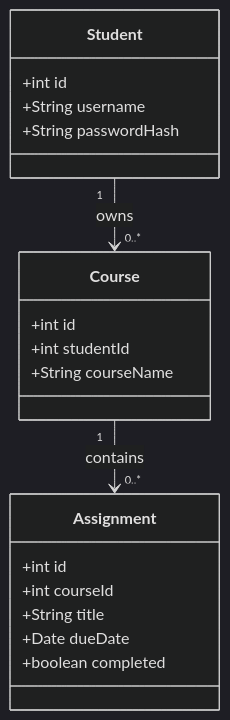
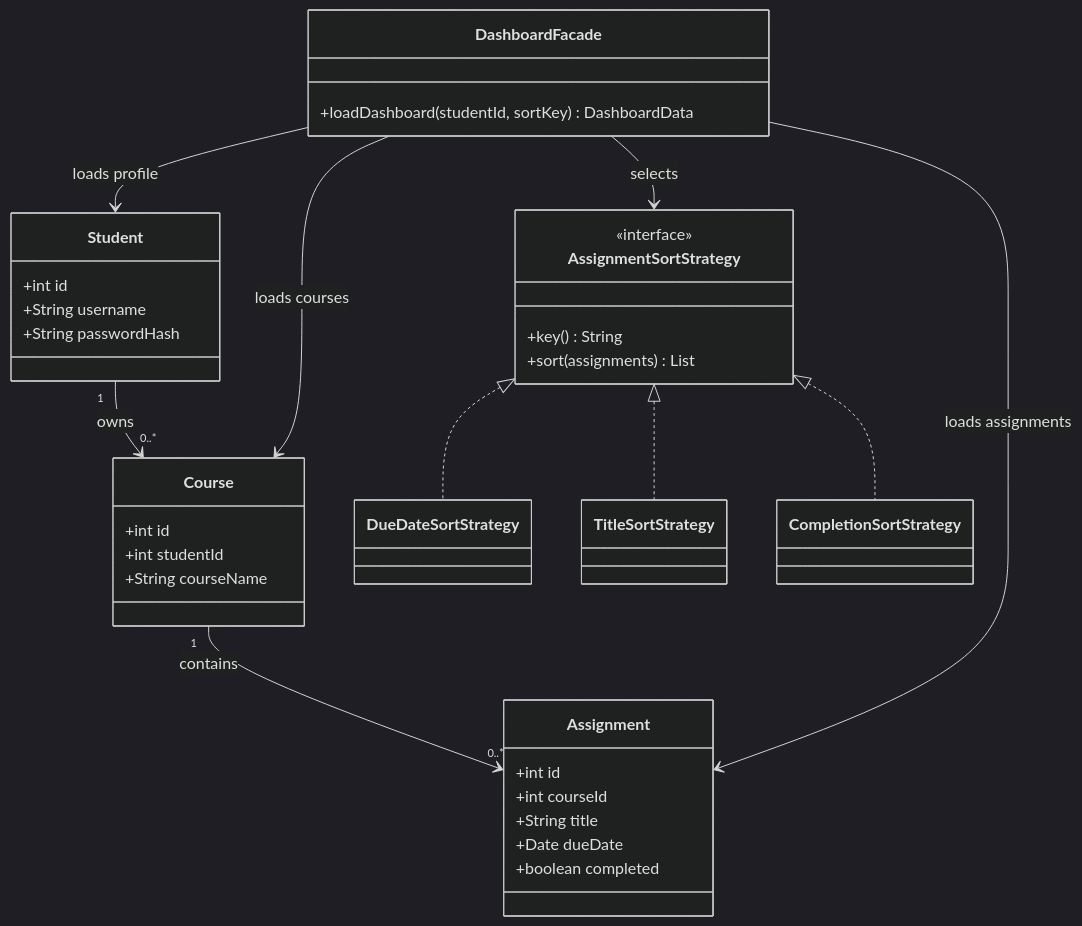
The diagram in diagram.md (Ali1100said/CollegeAssignmentTracker), drawn with Mermaid (dark theme) before and after one commit. The commit also changed 18 other files, not shown here.

Commit message:
Add Stage 3 Strategy and Facade refactoring

````diff
--- a/diagram.md
+++ b/diagram.md
@@ -3,25 +3,46 @@
 ```mermaid
 classDiagram
     class Student {
         +int id
         +String username
         +String passwordHash
     }
 
     class Course {
         +int id
         +int studentId
         +String courseName
     }
 
     class Assignment {
         +int id
         +int courseId
         +String title
         +Date dueDate
         +boolean completed
     }
 
+    class DashboardFacade {
+        +loadDashboard(studentId, sortKey) DashboardData
+    }
+
+    class AssignmentSortStrategy {
+        <<interface>>
+        +key() String
+        +sort(assignments) List
+    }
+
+    class DueDateSortStrategy
+    class TitleSortStrategy
+    class CompletionSortStrategy
+
     Student "1" --> "0..*" Course : owns
     Course "1" --> "0..*" Assignment : contains
+    DashboardFacade --> Student : loads profile
+    DashboardFacade --> Course : loads courses
+    DashboardFacade --> Assignment : loads assignments
+    DashboardFacade --> AssignmentSortStrategy : selects
+    AssignmentSortStrategy <|.. DueDateSortStrategy
+    AssignmentSortStrategy <|.. TitleSortStrategy
+    AssignmentSortStrategy <|.. CompletionSortStrategy
 ```
````
